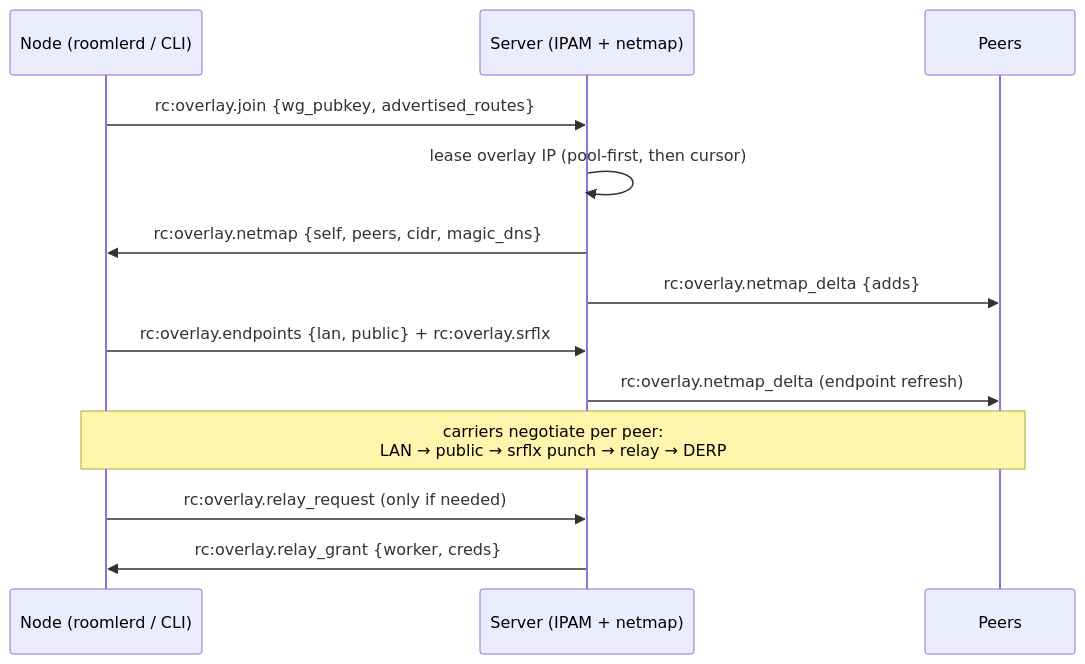
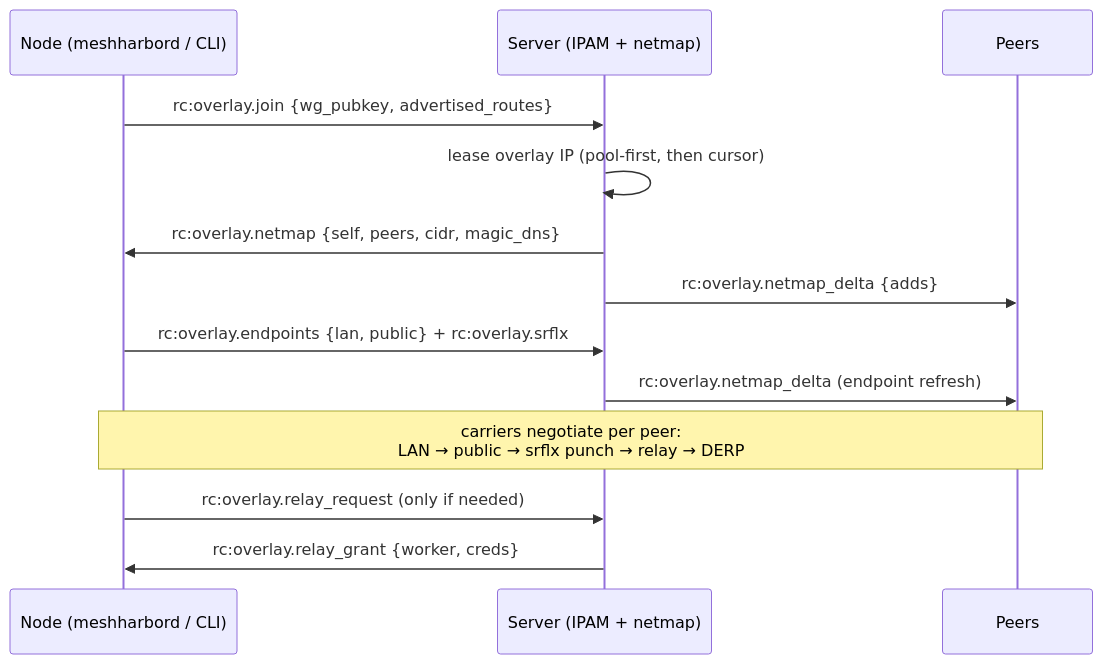
Before and after one commit to jk-zhang-meta/MeshHarbor: the fourth of 4 diagrams in docs/real-time.md, drawn with Mermaid. The commit also changed other lines of this file and 682 other files, not shown here.

````diff
--- a/docs/real-time.md
+++ b/docs/real-time.md
@@ -169,16 +169,16 @@
 ```mermaid
 sequenceDiagram
-    participant N as Node (roomlerd / CLI)
+    participant N as Node (meshharbord / CLI)
     participant S as Server (IPAM + netmap)
     participant P as Peers
 
     N->>S: rc:overlay.join {wg_pubkey, advertised_routes}
     S->>S: lease overlay IP (pool-first, then cursor)
     S->>N: rc:overlay.netmap {self, peers, cidr, magic_dns}
     S->>P: rc:overlay.netmap_delta {adds}
     N->>S: rc:overlay.endpoints {lan, public} + rc:overlay.srflx
     S->>P: rc:overlay.netmap_delta (endpoint refresh)
     Note over N,P: carriers negotiate per peer:<br/>LAN → public → srflx punch → relay → DERP
     N->>S: rc:overlay.relay_request (only if needed)
     S->>N: rc:overlay.relay_grant {worker, creds}
 ```
````
